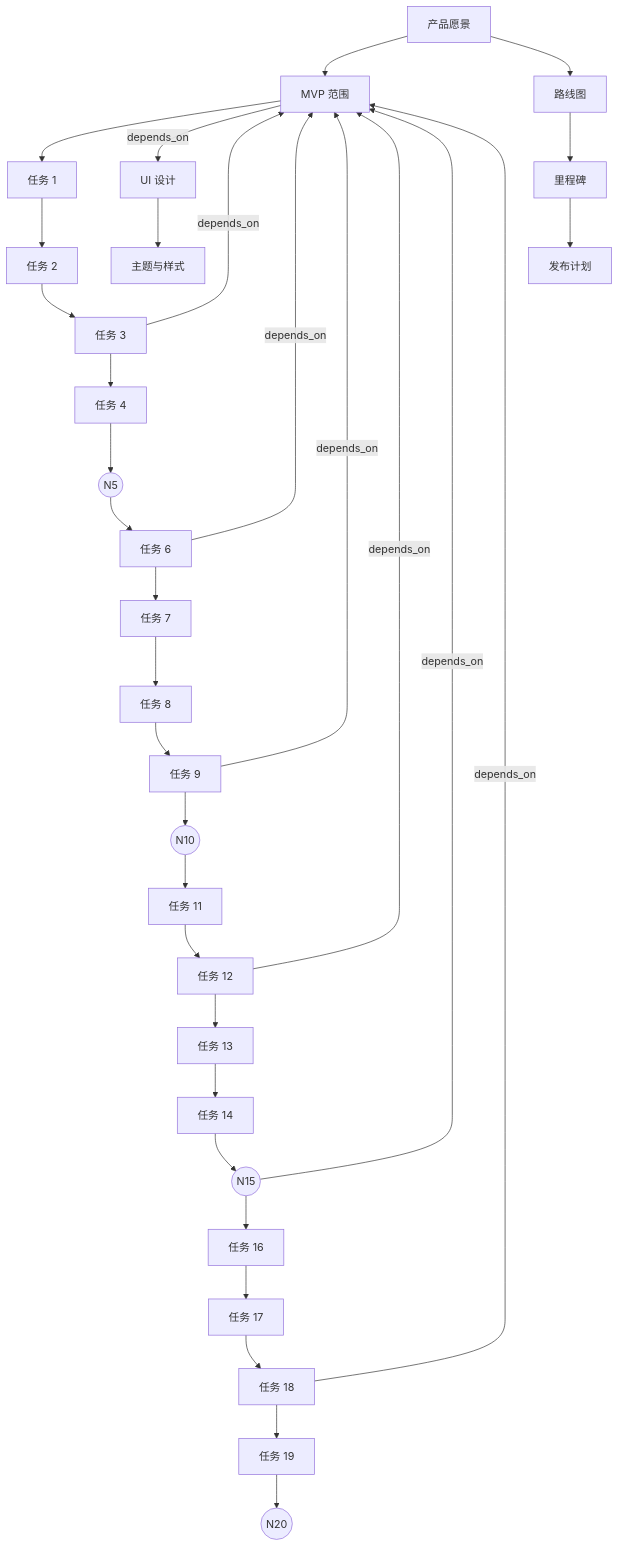
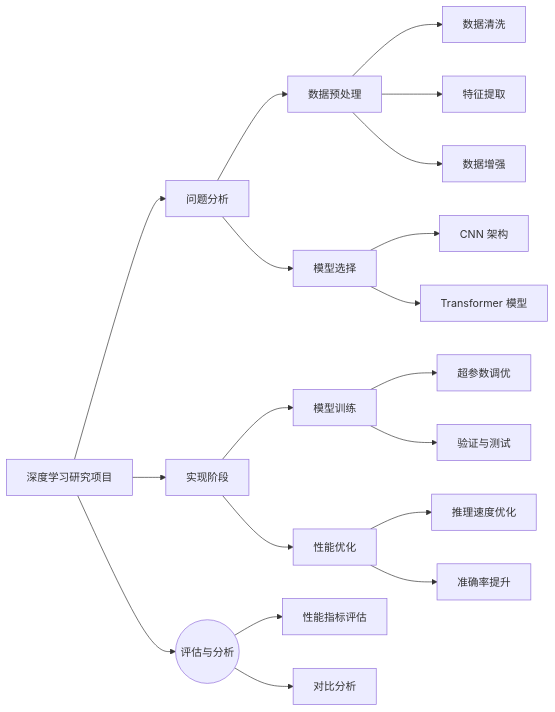
One commit to insogao/todolist changed the diagram in public/data/graph.mmd. Above: the diagram before and after it, drawn with Mermaid. The commit also changed 10 other files, not shown here.

```diff
--- a/public/data/graph.mmd
+++ b/public/data/graph.mmd
@@ -1,55 +1,38 @@
-graph TD
-A[产品愿景]
-B[MVP 范围]
-A --> B
-N1[任务 1]
-B --> N1
-N2[任务 2]
-N1 --> N2
-N3[任务 3]
-N2 --> N3
-N3 -- depends_on --> B
-N4[任务 4]
-N3 --> N4
-N5(( N5 ))
-N4 --> N5
-N6[任务 6]
-N5 --> N6
-N6 -- depends_on --> B
-N7[任务 7]
-N6 --> N7
-N8[任务 8]
-N7 --> N8
-N9[任务 9]
-N8 --> N9
-N9 -- depends_on --> B
-N10(( N10 ))
-N9 --> N10
-N11[任务 11]
-N10 --> N11
-N12[任务 12]
-N11 --> N12
-N12 -- depends_on --> B
-N13[任务 13]
-N12 --> N13
-N14[任务 14]
-N13 --> N14
-N15(( N15 ))
-N14 --> N15
-N15 -- depends_on --> B
-N16[任务 16]
-N15 --> N16
-N17[任务 17]
-N16 --> N17
-N18[任务 18]
-N17 --> N18
-N18 -- depends_on --> B
-N19[任务 19]
-N18 --> N19
-N20(( N20 ))
-N19 --> N20
-B -- depends_on --> E[UI 设计]
-E --> G[主题与样式]
-A --> C[路线图]
-C --> F[里程碑]
-F --> H[发布计划]
+graph LR
+research_goal[深度学习研究项目]
+problem_analysis[问题分析]
+data_preprocessing[数据预处理]
+data_cleaning[数据清洗]
+feature_extraction[特征提取]
+data_augmentation[数据增强]
+model_selection[模型选择]
+cnn_model[CNN 架构]
+transformer[Transformer 模型]
+implementation[实现阶段]
+training[模型训练]
+hyperparameter[超参数调优]
+validation[验证与测试]
+optimization[性能优化]
+speed_opt[推理速度优化]
+accuracy_opt[准确率提升]
+evaluation((评估与分析))
+metrics[性能指标评估]
+comparison[对比分析]
+research_goal --> problem_analysis
+problem_analysis --> data_preprocessing
+data_preprocessing --> data_cleaning
+data_preprocessing --> feature_extraction
+data_preprocessing --> data_augmentation
+problem_analysis --> model_selection
+model_selection --> cnn_model
+model_selection --> transformer
+research_goal --> implementation
+implementation --> training
+training --> hyperparameter
+training --> validation
+implementation --> optimization
+optimization --> speed_opt
+optimization --> accuracy_opt
+research_goal --> evaluation
+evaluation --> metrics
+evaluation --> comparison
```
